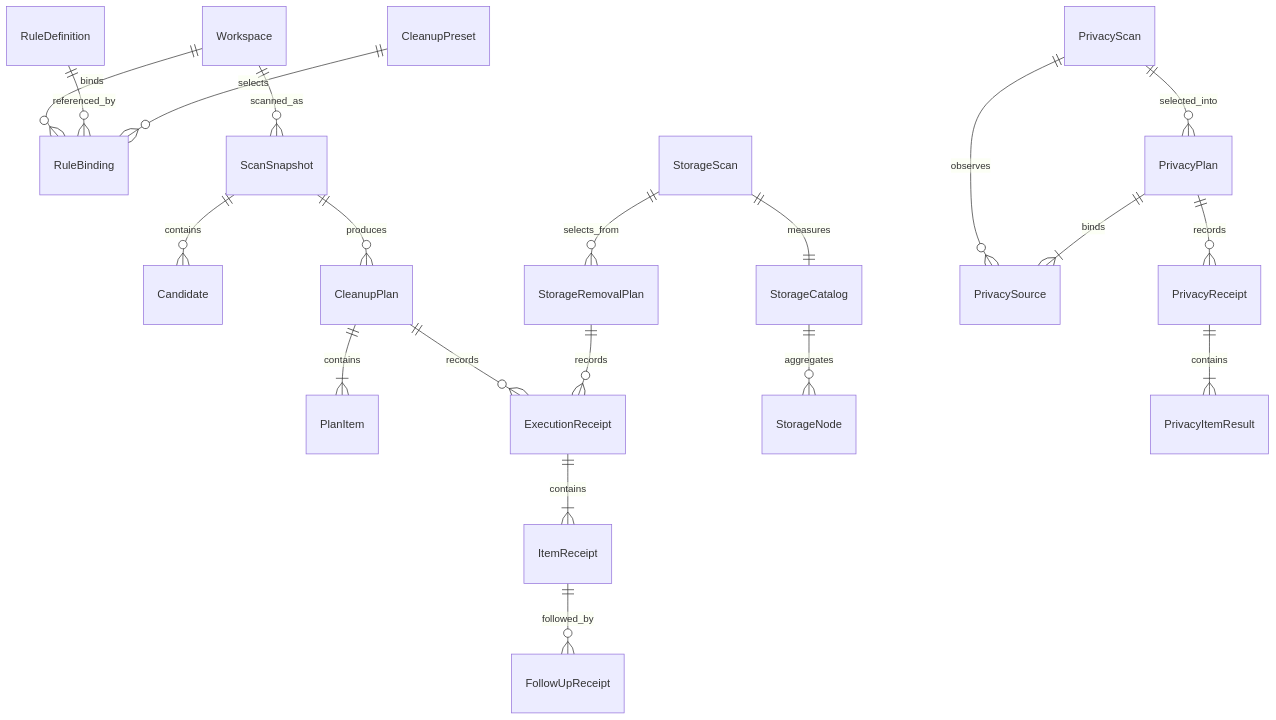
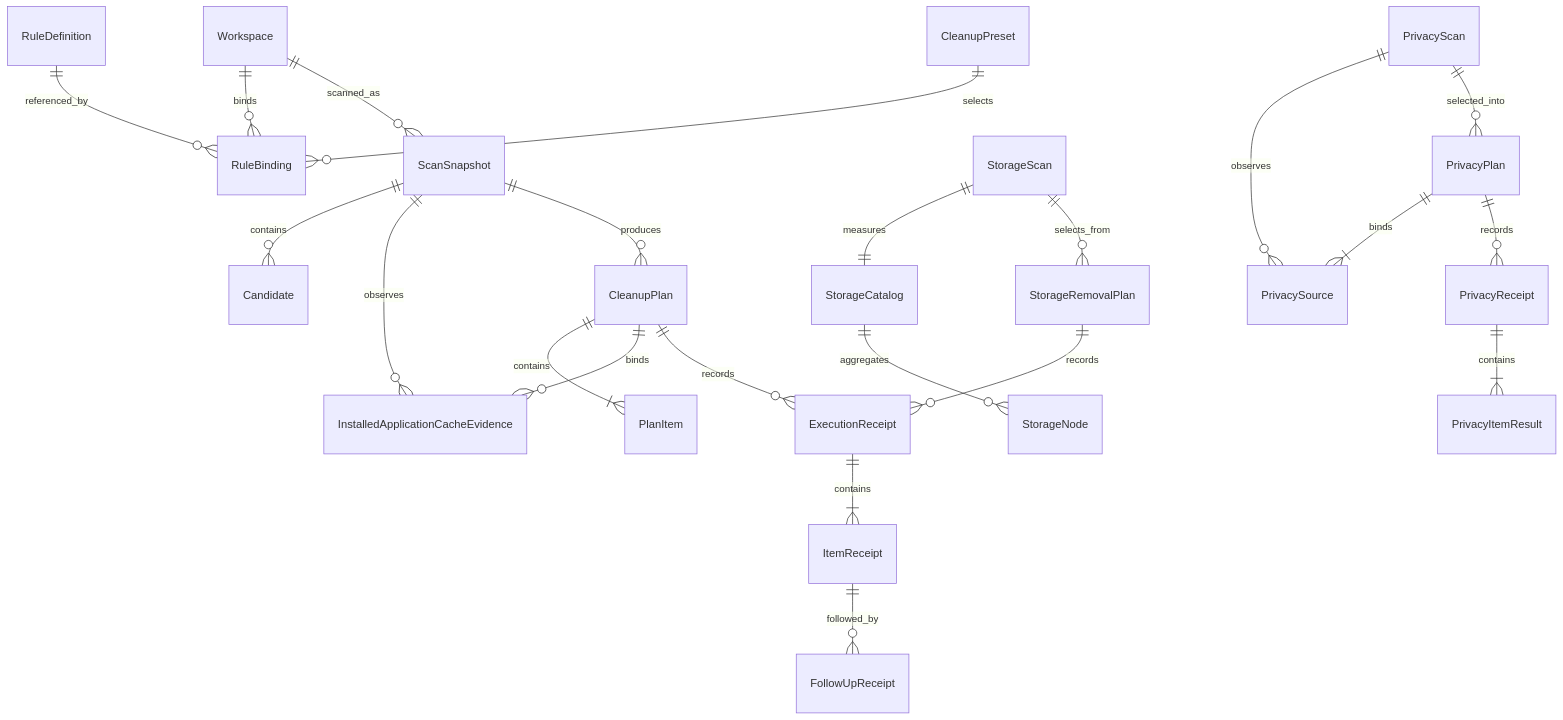
One commit to limecloud/shou changed the first of 4 diagrams in docs/architecture/data-model.md. Above: the diagram before and after it, drawn with Mermaid. The commit also changed other lines of this file and 18 other files, not shown here.

````diff
--- a/docs/architecture/data-model.md
+++ b/docs/architecture/data-model.md
@@ -9,22 +9,24 @@
 ```mermaid
 erDiagram
     Workspace ||--o{ RuleBinding : binds
     RuleDefinition ||--o{ RuleBinding : referenced_by
     Workspace ||--o{ ScanSnapshot : scanned_as
     ScanSnapshot ||--o{ Candidate : contains
+    ScanSnapshot ||--o{ InstalledApplicationCacheEvidence : observes
     CleanupPreset ||--o{ RuleBinding : selects
     ScanSnapshot ||--o{ CleanupPlan : produces
     CleanupPlan ||--|{ PlanItem : contains
+    CleanupPlan ||--o{ InstalledApplicationCacheEvidence : binds
     CleanupPlan ||--o{ ExecutionReceipt : records
     ExecutionReceipt ||--|{ ItemReceipt : contains
     ItemReceipt ||--o{ FollowUpReceipt : followed_by
     StorageScan ||--|| StorageCatalog : measures
     StorageCatalog ||--o{ StorageNode : aggregates
     StorageScan ||--o{ StorageRemovalPlan : selects_from
     StorageRemovalPlan ||--o{ ExecutionReceipt : records
     PrivacyScan ||--o{ PrivacySource : observes
     PrivacyScan ||--o{ PrivacyPlan : selected_into
     PrivacyPlan ||--|{ PrivacySource : binds
     PrivacyPlan ||--o{ PrivacyReceipt : records
     PrivacyReceipt ||--|{ PrivacyItemResult : contains
 ```
````
